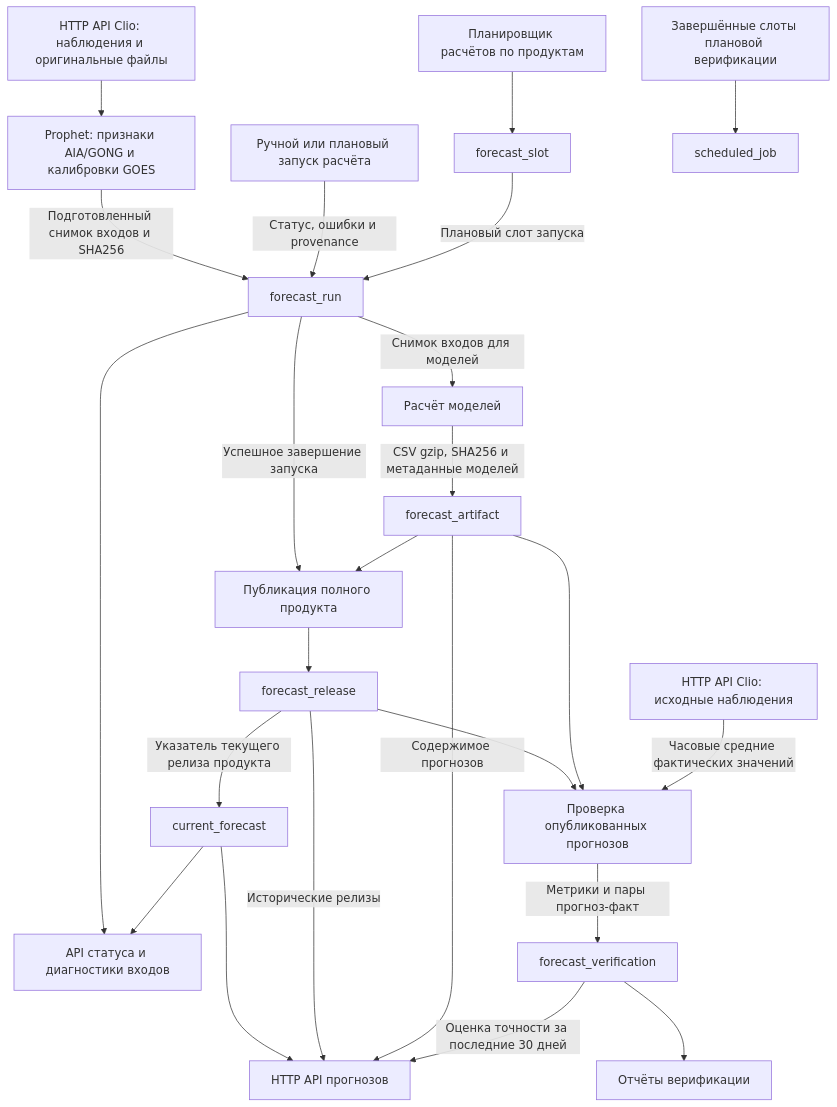
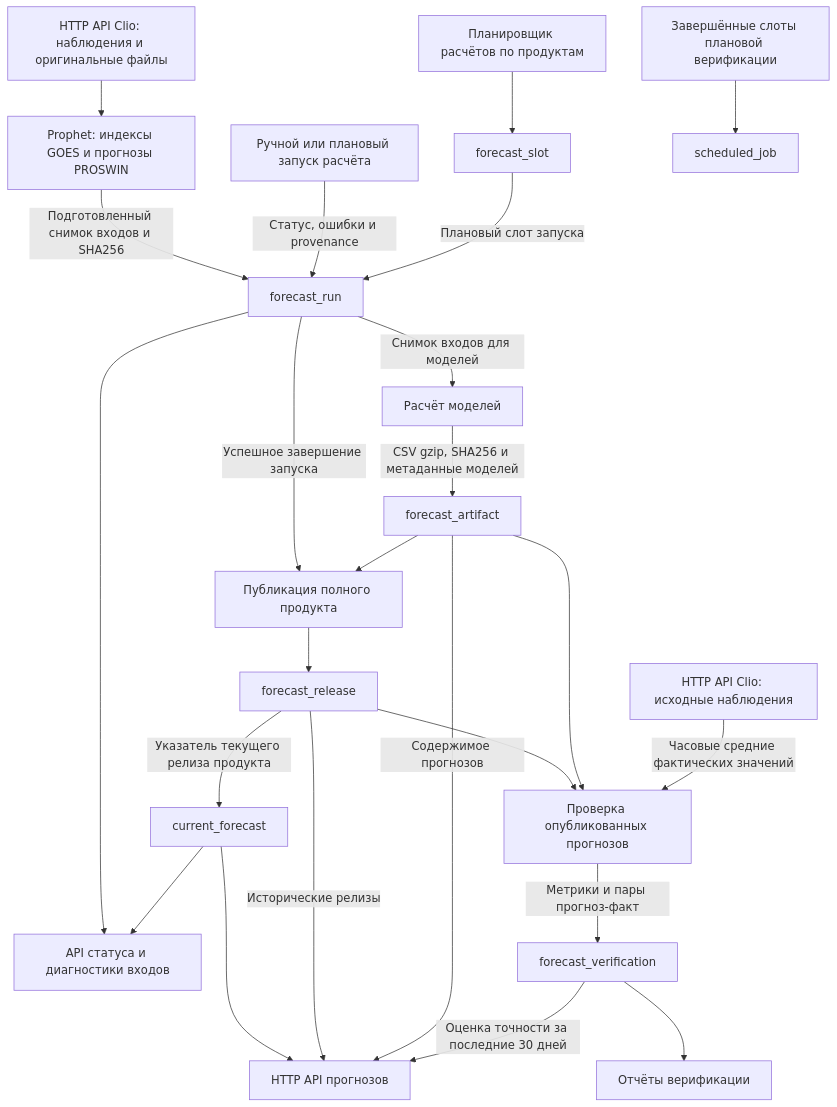
One commit to a-kryvenko/argus changed the diagram in apps/prophet/DATA_FLOWS.md. Above: the diagram before and after it, drawn with Mermaid. The commit also changed 663 other files, not shown here.

````diff
--- a/apps/prophet/DATA_FLOWS.md
+++ b/apps/prophet/DATA_FLOWS.md
@@ -3,26 +3,26 @@
 ```mermaid
 flowchart TD
-    clio[HTTP API Clio: наблюдения и оригинальные файлы] --> preparation[Prophet: признаки AIA/GONG и калибровки GOES]
+    clio[HTTP API Clio: наблюдения и оригинальные файлы] --> preparation[Prophet: индексы GOES и прогнозы PROSWIN]
     preparation -->|Подготовленный снимок входов и SHA256| forecast_run
     generation[Ручной или плановый запуск расчёта] -->|Статус, ошибки и provenance| forecast_run
     scheduler[Планировщик расчётов по продуктам] --> forecast_slot
     forecast_slot -->|Плановый слот запуска| forecast_run
     forecast_run -->|Снимок входов для моделей| models[Расчёт моделей]
     models -->|CSV gzip, SHA256 и метаданные моделей| forecast_artifact
     forecast_run -->|Успешное завершение запуска| publication[Публикация полного продукта]
     forecast_artifact --> publication
     publication --> forecast_release
     forecast_release -->|Указатель текущего релиза продукта| current_forecast
     current_forecast --> api[HTTP API прогнозов]
     forecast_release -->|Исторические релизы| api
     forecast_artifact -->|Содержимое прогнозов| api
     forecast_run --> status[API статуса и диагностики входов]
     current_forecast --> status
     forecast_release --> verification[Проверка опубликованных прогнозов]
     forecast_artifact --> verification
     observations[HTTP API Clio: исходные наблюдения] -->|Часовые средние фактических значений| verification
     verification -->|Метрики и пары прогноз-факт| forecast_verification
     forecast_verification --> reports[Отчёты верификации]
     forecast_verification -->|Оценка точности за последние 30 дней| api
     jobs[Завершённые слоты плановой верификации] --> scheduled_job
 ```
````
